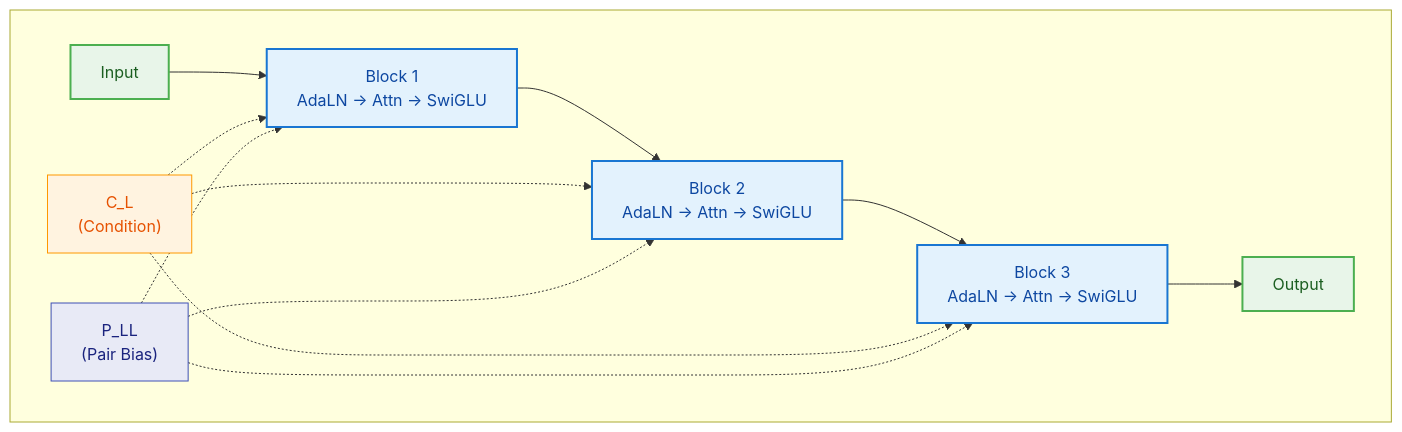
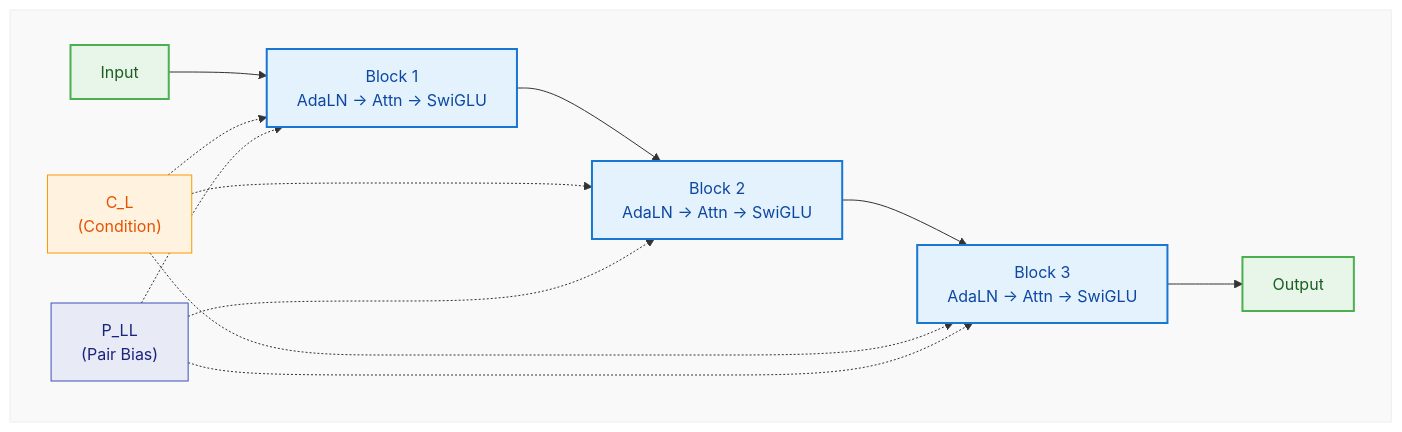
Before and after one commit to RTae/foundry: the seventh of 14 diagrams in models/rfd3/RFD3_architecture_mermaid.md, drawn with Mermaid.

Commit message:
refactor: add background style to RFD3 model flow diagram for improved clarity

````diff
--- a/models/rfd3/RFD3_architecture_mermaid.md
+++ b/models/rfd3/RFD3_architecture_mermaid.md
@@ -375,17 +375,20 @@
 ```mermaid
 flowchart LR
     subgraph BG [ ]
         direction LR
         IN["Input"] --> B1["Block 1\n AdaLN -> Attn -> SwiGLU"] --> B2["Block 2\n AdaLN -> Attn -> SwiGLU"] --> B3["Block 3\nAdaLN -> Attn -> SwiGLU"] --> OUT["Output"]
         CL["C_L \n(Condition)"] -.-> B1 & B2 & B3
         PLL["P_LL \n(Pair Bias)"] -.-> B1 & B2 & B3
     end
 
     style IN fill:#e8f5e9,stroke:#4CAF50,stroke-width:2px,color:#1B5E20
     style B1 fill:#e3f2fd,stroke:#1976D2,stroke-width:2px,color:#0D47A1
     style B2 fill:#e3f2fd,stroke:#1976D2,stroke-width:2px,color:#0D47A1
     style B3 fill:#e3f2fd,stroke:#1976D2,stroke-width:2px,color:#0D47A1
     style OUT fill:#e8f5e9,stroke:#4CAF50,stroke-width:2px,color:#1B5E20
     style CL fill:#fff3e0,stroke:#FF9800,stroke-width:1px,color:#E65100
     style PLL fill:#e8eaf6,stroke:#3F51B5,stroke-width:1px,color:#1A237E
+
+    %% Background Style
+    style BG fill:#f9f9f9,stroke:#eeeeee,stroke-width:1px
 ```
````
